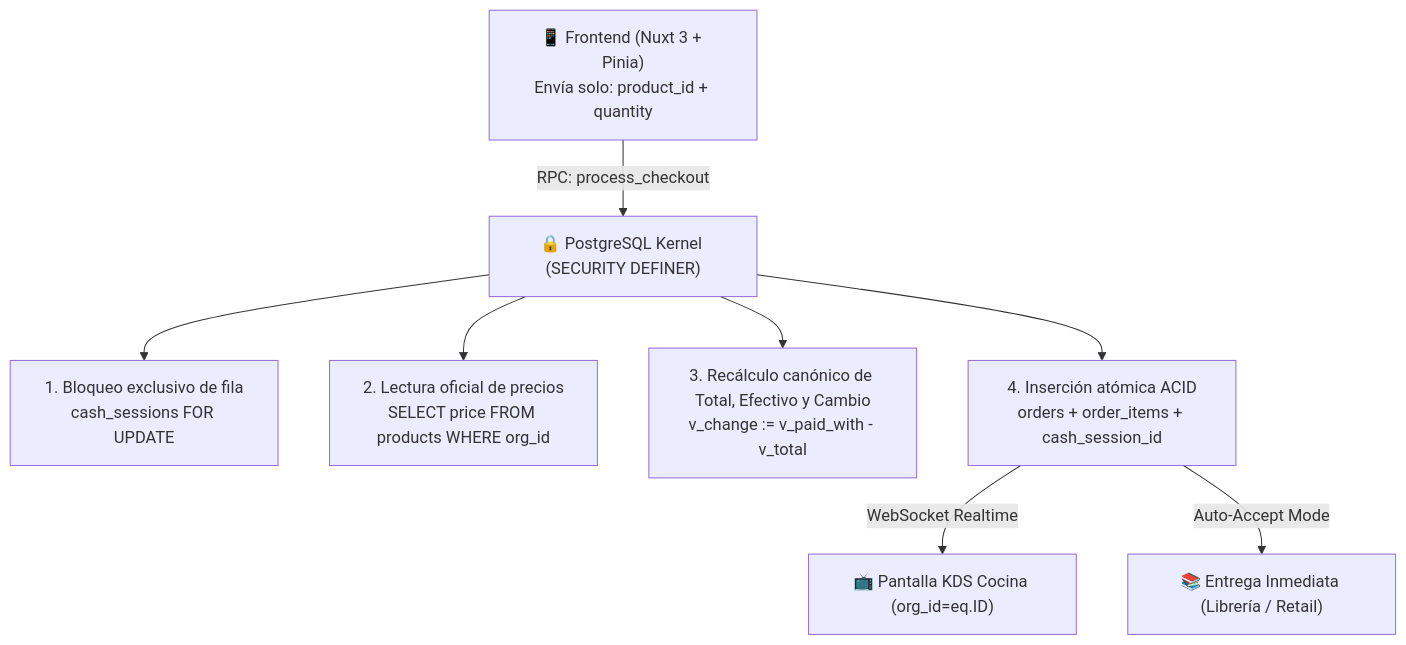
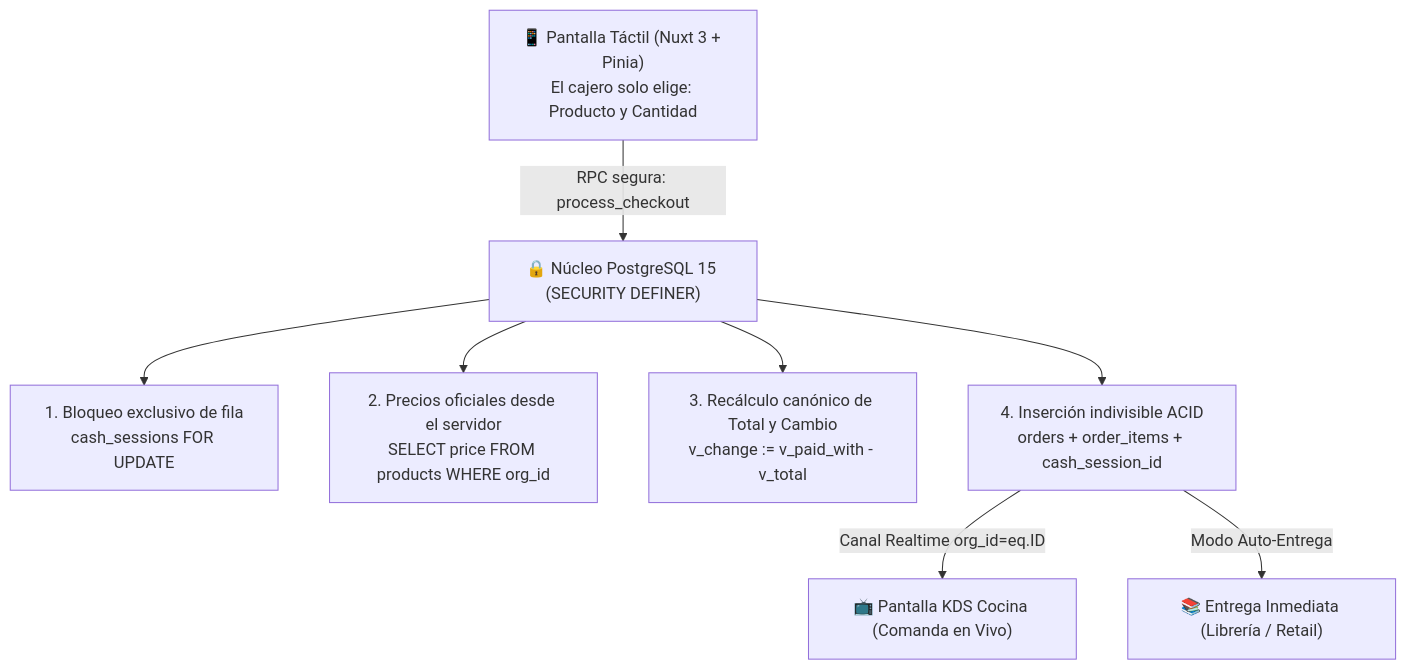
The diagram in README.md (AproachingDark1889/avivamiento-webpage), drawn with Mermaid before and after one commit. The commit also changed other lines of this file, not shown here.

Commit message:
docs(readme): crown repository with definitive anima architecture and product manifesto

````diff
--- a/README.md
+++ b/README.md
@@ -16,10 +28,10 @@
 ```mermaid
 flowchart TD
-    A["📱 Frontend (Nuxt 3 + Pinia)<br>Envía solo: product_id + quantity"] -->|RPC: process_checkout| B["🔒 PostgreSQL Kernel (SECURITY DEFINER)"]
+    A["📱 Pantalla Táctil (Nuxt 3 + Pinia)<br>El cajero solo elige: Producto y Cantidad"] -->|RPC segura: process_checkout| B["🔒 Núcleo PostgreSQL 15 (SECURITY DEFINER)"]
     B --> C["1. Bloqueo exclusivo de fila<br>cash_sessions FOR UPDATE"]
-    B --> D["2. Lectura oficial de precios<br>SELECT price FROM products WHERE org_id"]
-    B --> E["3. Recálculo canónico de Total, Efectivo y Cambio<br>v_change := v_paid_with - v_total"]
-    B --> F["4. Inserción atómica ACID<br>orders + order_items + cash_session_id"]
-    F -->|WebSocket Realtime| G["📺 Pantalla KDS Cocina (org_id=eq.ID)"]
-    F -->|Auto-Accept Mode| H["📚 Entrega Inmediata (Librería / Retail)"]
+    B --> D["2. Precios oficiales desde el servidor<br>SELECT price FROM products WHERE org_id"]
+    B --> E["3. Recálculo canónico de Total y Cambio<br>v_change := v_paid_with - v_total"]
+    B --> F["4. Inserción indivisible ACID<br>orders + order_items + cash_session_id"]
+    F -->|Canal Realtime org_id=eq.ID| G["📺 Pantalla KDS Cocina (Comanda en Vivo)"]
+    F -->|Modo Auto-Entrega| H["📚 Entrega Inmediata (Librería / Retail)"]
 ```
````
